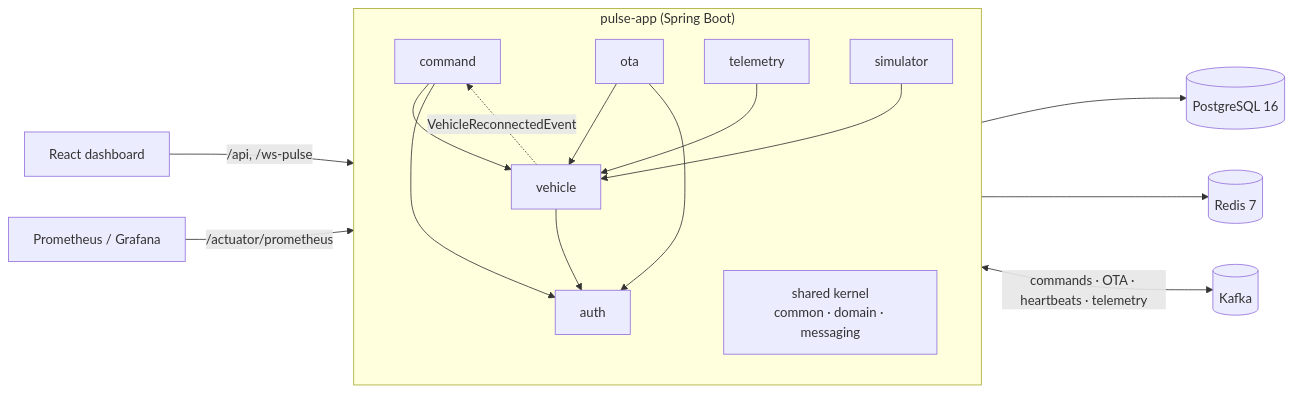
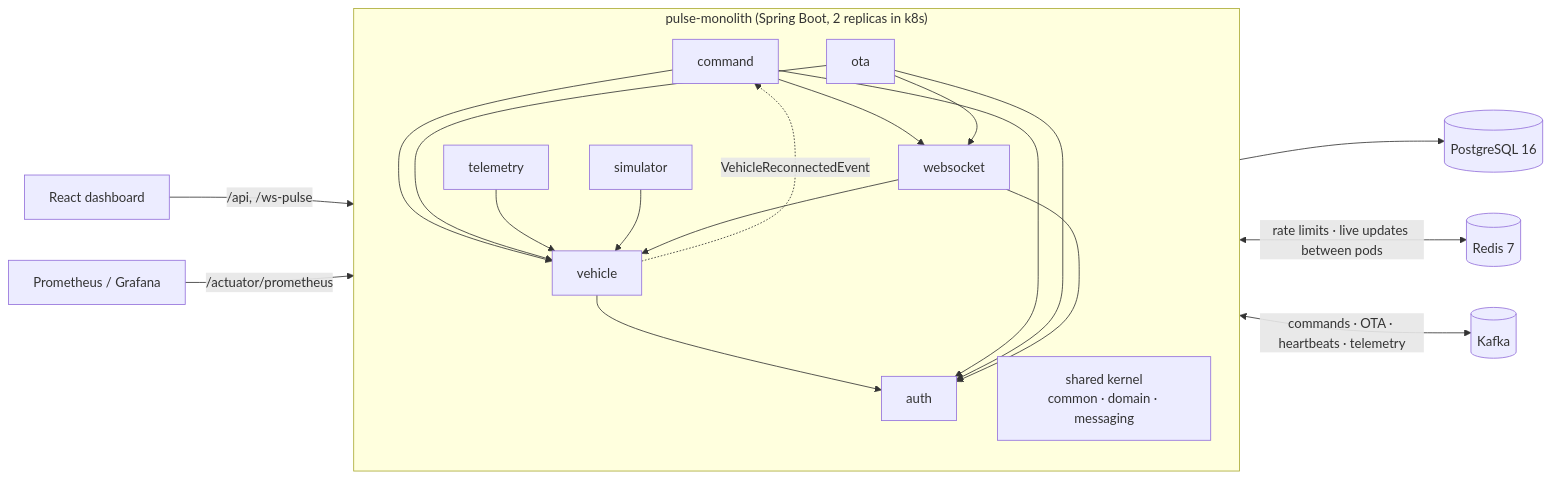
The diagram in README.md (basarsy/pulse), drawn with Mermaid before and after one commit. The commit also changed other lines of this file, not shown here.

````diff
--- a/README.md
+++ b/README.md
@@ -38,27 +38,32 @@
 ```mermaid
 flowchart LR
-    subgraph App["pulse-app (Spring Boot)"]
+    subgraph App["pulse-monolith (Spring Boot, 2 replicas in k8s)"]
         AUTH[auth]
         VEH[vehicle]
         CMD[command]
         OTA[ota]
         TEL[telemetry]
         SIM[simulator]
+        WS[websocket]
         SK["shared kernel<br/>common · domain · messaging"]
     end
 
     CMD --> VEH
     OTA --> VEH
     TEL --> VEH
     SIM --> VEH
     VEH --> AUTH
     CMD --> AUTH
     OTA --> AUTH
     VEH -. VehicleReconnectedEvent .-> CMD
+    CMD --> WS
+    OTA --> WS
+    WS --> AUTH
+    WS --> VEH
 
     DASH[React dashboard] -->|/api, /ws-pulse| App
     App --> PG[(PostgreSQL 16)]
-    App --> RD[(Redis 7)]
+    App <-->|rate limits · live updates between pods| RD[(Redis 7)]
     App <-->|commands · OTA · heartbeats · telemetry| KF[(Kafka)]
     PROM[Prometheus / Grafana] -->|/actuator/prometheus| App
 ```
````
